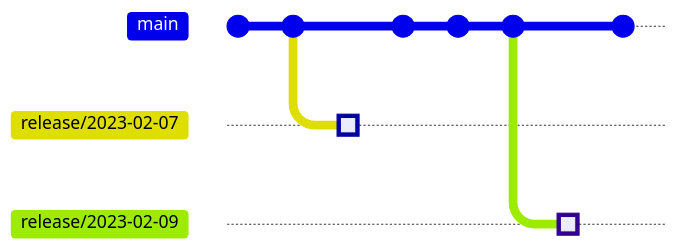
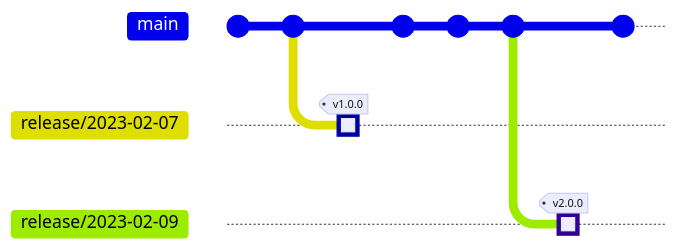
One commit to vnglst/koenvangilst.nl changed the second of 2 diagrams in data/blog/trunkbased-development.mdx. Above: the diagram before and after it, drawn with Mermaid. The commit also changed other lines of this file, not shown here. Commit ids are hidden.

````diff
--- a/data/blog/trunkbased-development.mdx
+++ b/data/blog/trunkbased-development.mdx
@@ -110,15 +125,16 @@
 ```mermaid
 gitGraph
-commit
-commit
+checkout main
+commit id: "feature 1"
+commit id: "feature 2"
 branch release/2023-02-07
-commit type:HIGHLIGHT id: "release 1"
+commit type:HIGHLIGHT id: "release v1" tag: "v1.0.0"
 checkout main
-commit
-commit
-commit
+commit id: "feature 3"
+commit id: "fix 1"
+commit id: "fix 2"
 branch release/2023-02-09
-commit type:HIGHLIGHT id: "release 2"
+commit type:HIGHLIGHT id: "release v2" tag: "v2.0.0"
 checkout main
-commit
+commit id: "feature 4"
 ```
````
